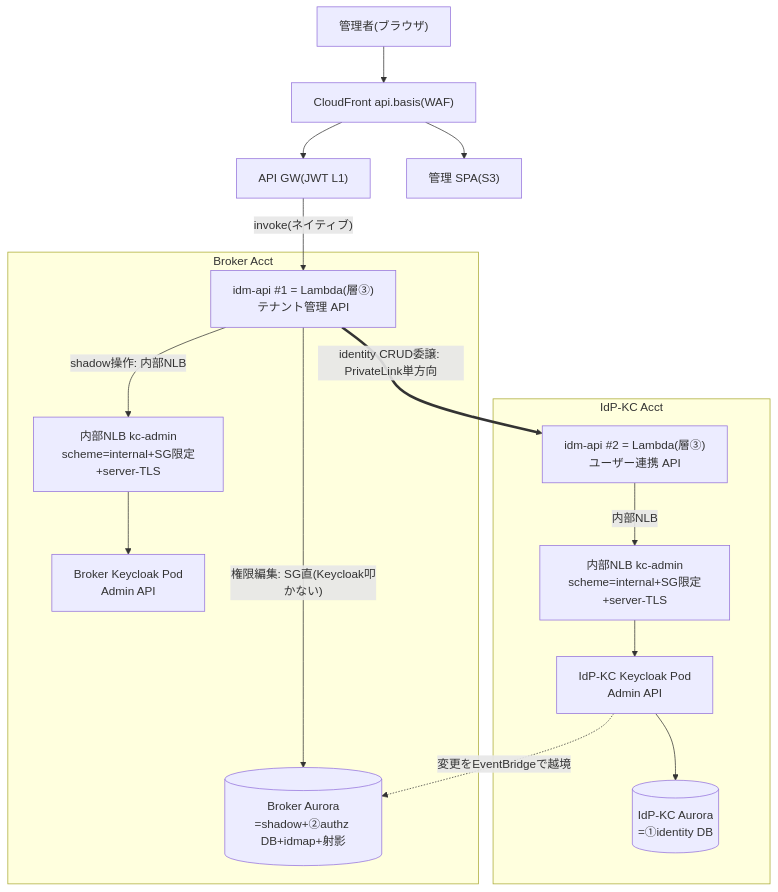
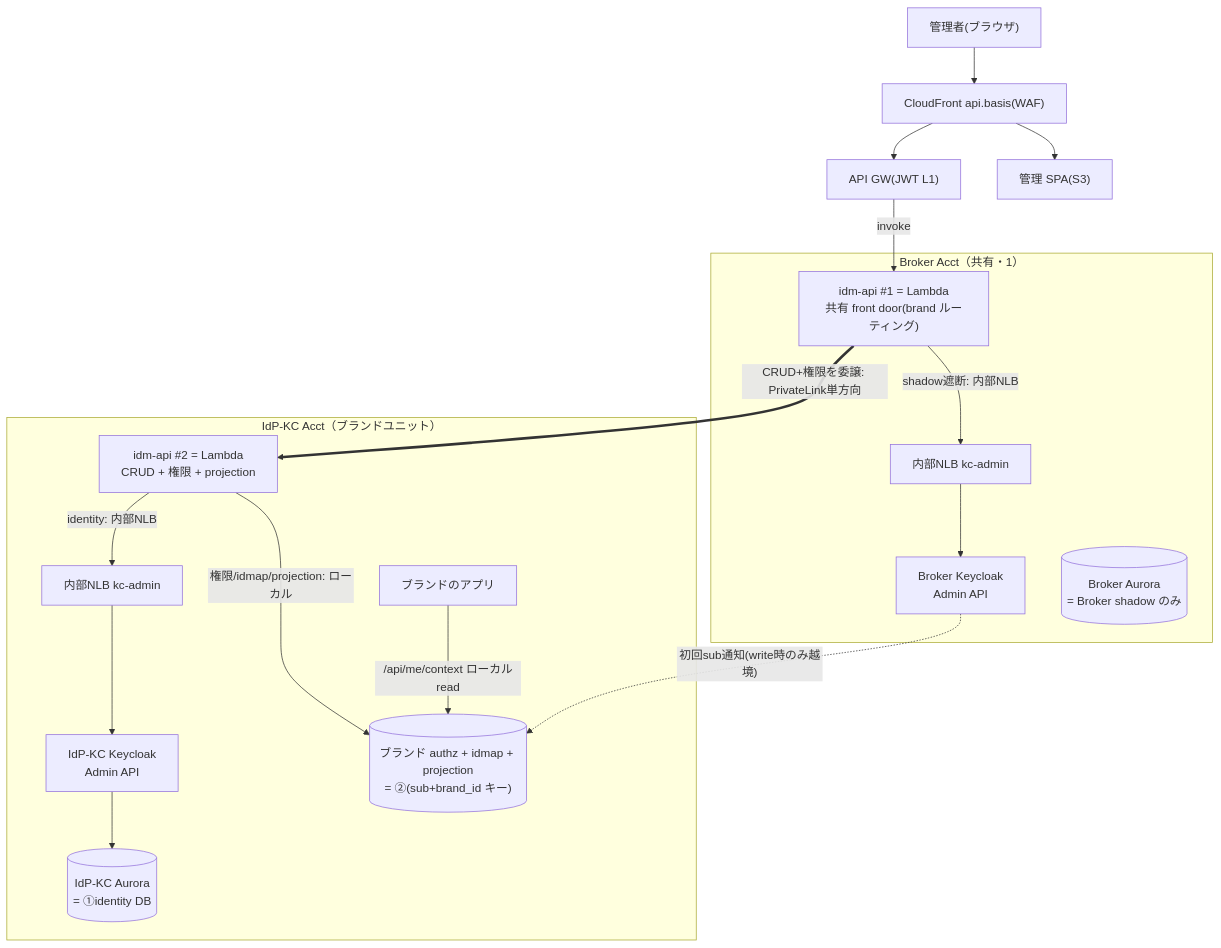
One commit to suepie/aws-atuh-poc changed the first of 5 diagrams in doc/basic-design/research/control-plane-crud-authz-flows-notes.md. Above: the diagram before and after it, drawn with Mermaid. The commit also changed other lines of this file and 4 other files, not shown here.

First line of the commit message:
基本設計: ブランドユニット・アーキテクチャ確定（ADR-063、authz=ブランド配置）

````diff
--- a/doc/basic-design/research/control-plane-crud-authz-flows-notes.md
+++ b/doc/basic-design/research/control-plane-crud-authz-flows-notes.md
@@ -44,31 +44,34 @@
 ```mermaid
 flowchart TB
     ADM["管理者(ブラウザ)"]
     CF["CloudFront api.basis(WAF)"]
     GW["API GW(JWT L1)"]
     SPA["管理 SPA(S3)"]
 
-    subgraph B["Broker Acct"]
-        API1["idm-api #1 = Lambda(層③)<br/>テナント管理 API"]
-        NLBB["内部NLB kc-admin<br/>scheme=internal+SG限定+server-TLS"]
-        BKC["Broker Keycloak Pod<br/>Admin API"]
-        BDB[("Broker Aurora<br/>=shadow+②authz DB+idmap+射影")]
+    subgraph B["Broker Acct（共有・1）"]
+        API1["idm-api #1 = Lambda<br/>共有 front door(brand ルーティング)"]
+        NLBB["内部NLB kc-admin"]
+        BKC["Broker Keycloak<br/>Admin API"]
+        BDB[("Broker Aurora<br/>= Broker shadow のみ")]
     end
 
-    subgraph I["IdP-KC Acct"]
-        API2["idm-api #2 = Lambda(層③)<br/>ユーザー連携 API"]
-        NLBI["内部NLB kc-admin<br/>scheme=internal+SG限定+server-TLS"]
-        IKC["IdP-KC Keycloak Pod<br/>Admin API"]
-        IDB[("IdP-KC Aurora<br/>=①identity DB")]
+    subgraph I["IdP-KC Acct（ブランドユニット）"]
+        API2["idm-api #2 = Lambda<br/>CRUD + 権限 + projection"]
+        NLBI["内部NLB kc-admin"]
+        IKC["IdP-KC Keycloak<br/>Admin API"]
+        IDB[("IdP-KC Aurora<br/>= ①identity DB")]
+        BAZ[("ブランド authz + idmap + projection<br/>= ②(sub+brand_id キー)")]
+        BAPP["ブランドのアプリ"]
     end
 
     ADM --> CF
     CF --> SPA
-    CF --> GW -->|"invoke(ネイティブ)"| API1
-    API1 -->|"権限編集: SG直(Keycloak叩かない)"| BDB
-    API1 -->|"shadow操作: 内部NLB"| NLBB --> BKC
-    API1 ==>|"identity CRUD委譲: PrivateLink単方向"| API2
-    API2 -->|"内部NLB"| NLBI --> IKC
+    CF --> GW -->|"invoke"| API1
+    API1 -->|"shadow遮断: 内部NLB"| NLBB --> BKC
+    API1 ==>|"CRUD+権限を委譲: PrivateLink単方向"| API2
+    API2 -->|"identity: 内部NLB"| NLBI --> IKC
     IKC --> IDB
-    IKC -.->|"変更をEventBridgeで越境"| BDB
+    API2 -->|"権限/idmap/projection: ローカル"| BAZ
+    BAPP -->|"/api/me/context ローカルread"| BAZ
+    BKC -.->|"初回sub通知(write時のみ越境)"| BAZ
 ```
````
